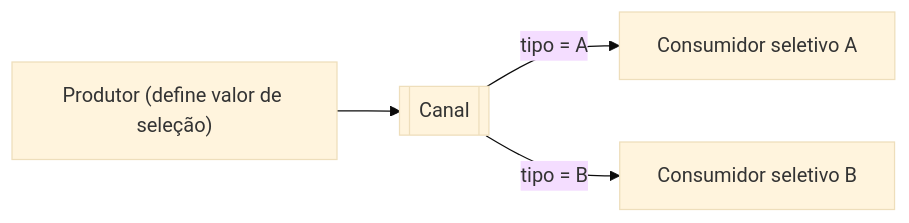
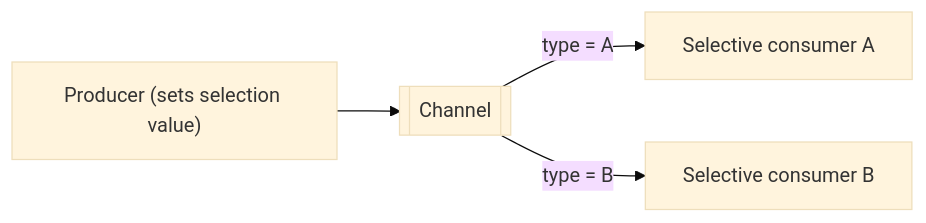
Before and after one commit to alancesar/design-patterns: the diagram in docs/architecture/eip/messaging-endpoints/selective-consumer.md, drawn with Mermaid (base theme). The commit also changed 258 other files, not shown here.

First line of the commit message:
Translate Mermaid diagrams to English

````diff
--- a/docs/architecture/eip/messaging-endpoints/selective-consumer.md
+++ b/docs/architecture/eip/messaging-endpoints/selective-consumer.md
@@ -50,6 +50,6 @@
 ```mermaid
 flowchart LR
-    P["Produtor (define valor de seleção)"] --> C[["Canal"]]
-    C -->|"tipo = A"| S1["Consumidor seletivo A"]
-    C -->|"tipo = B"| S2["Consumidor seletivo B"]
+    P["Producer (sets selection value)"] --> C[["Channel"]]
+    C -->|"type = A"| S1["Selective consumer A"]
+    C -->|"type = B"| S2["Selective consumer B"]
 ```
````
